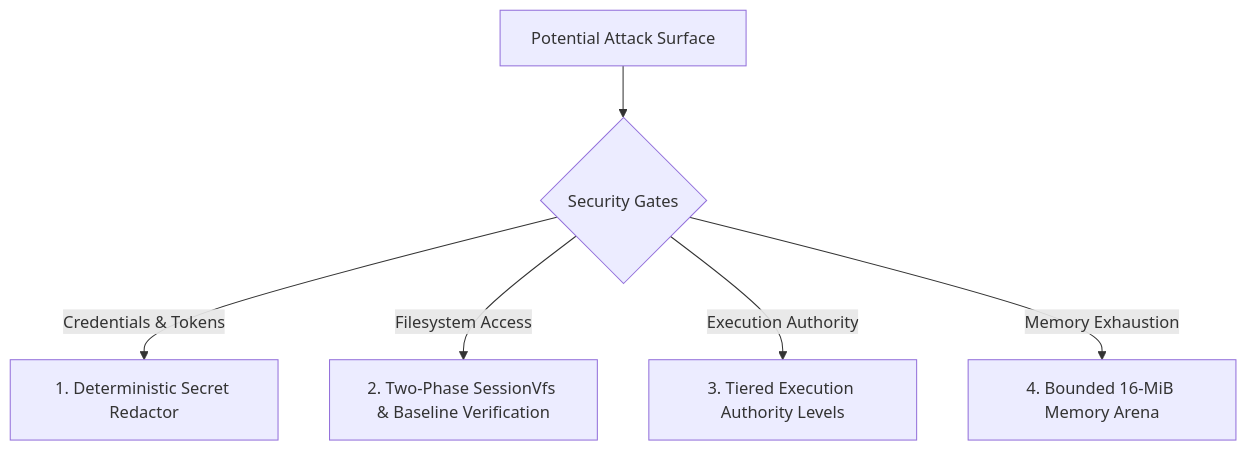
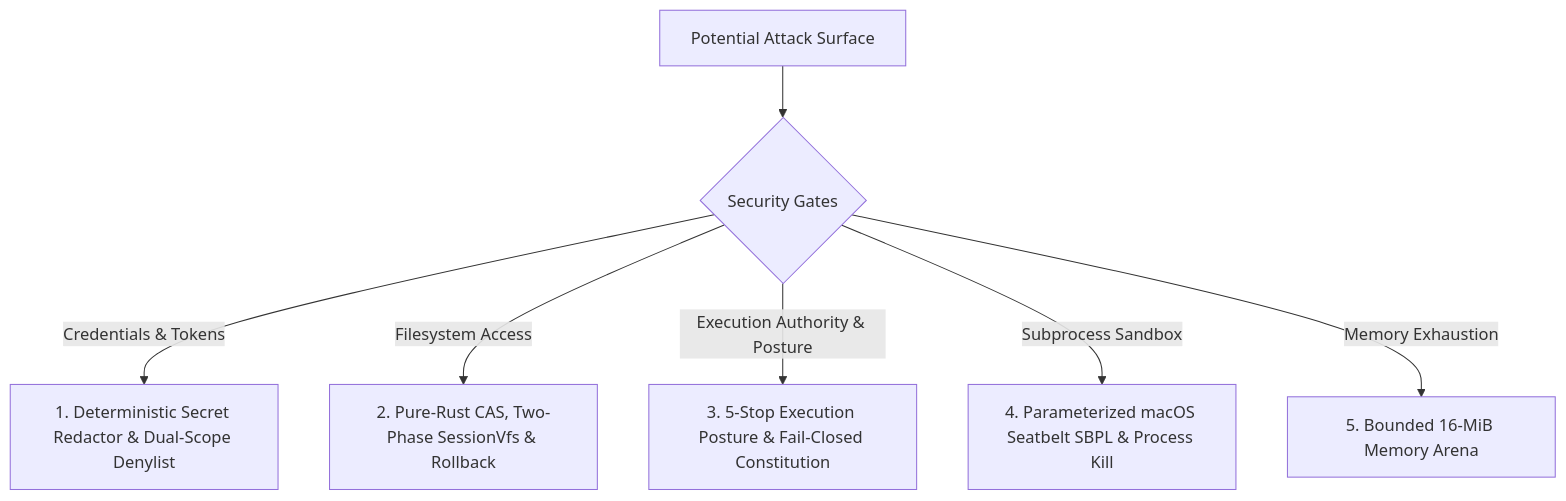
One commit to CardSorting/HEAV3NS-MICRO changed the diagram in docs/SECURITY_BEST_PRACTICES.md. Above: the diagram before and after it, drawn with Mermaid. The commit also changed other lines of this file and 48 other files, not shown here.

````diff
--- a/docs/SECURITY_BEST_PRACTICES.md
+++ b/docs/SECURITY_BEST_PRACTICES.md
@@ -27,8 +27,9 @@
 ```mermaid
 flowchart TD
   ATTACK["Potential Attack Surface"] --> GATES{"Security Gates"}
-  GATES -->|"Credentials & Tokens"| REDACT["1. Deterministic Secret Redactor"]
-  GATES -->|"Filesystem Access"| VFS["2. Two-Phase SessionVfs & Baseline Verification"]
-  GATES -->|"Execution Authority"| AUTH["3. Tiered Execution Authority Levels"]
-  GATES -->|"Memory Exhaustion"| ARENA["4. Bounded 16-MiB Memory Arena"]
+  GATES -->|"Credentials & Tokens"| REDACT["1. Deterministic Secret Redactor & Dual-Scope Denylist"]
+  GATES -->|"Filesystem Access"| VFS["2. Pure-Rust CAS, Two-Phase SessionVfs & Rollback"]
+  GATES -->|"Execution Authority & Posture"| AUTH["3. 5-Stop Execution Posture & Fail-Closed Constitution"]
+  GATES -->|"Subprocess Sandbox"| SEATBELT["4. Parameterized macOS Seatbelt SBPL & Process Kill"]
+  GATES -->|"Memory Exhaustion"| ARENA["5. Bounded 16-MiB Memory Arena"]
 ```
````
